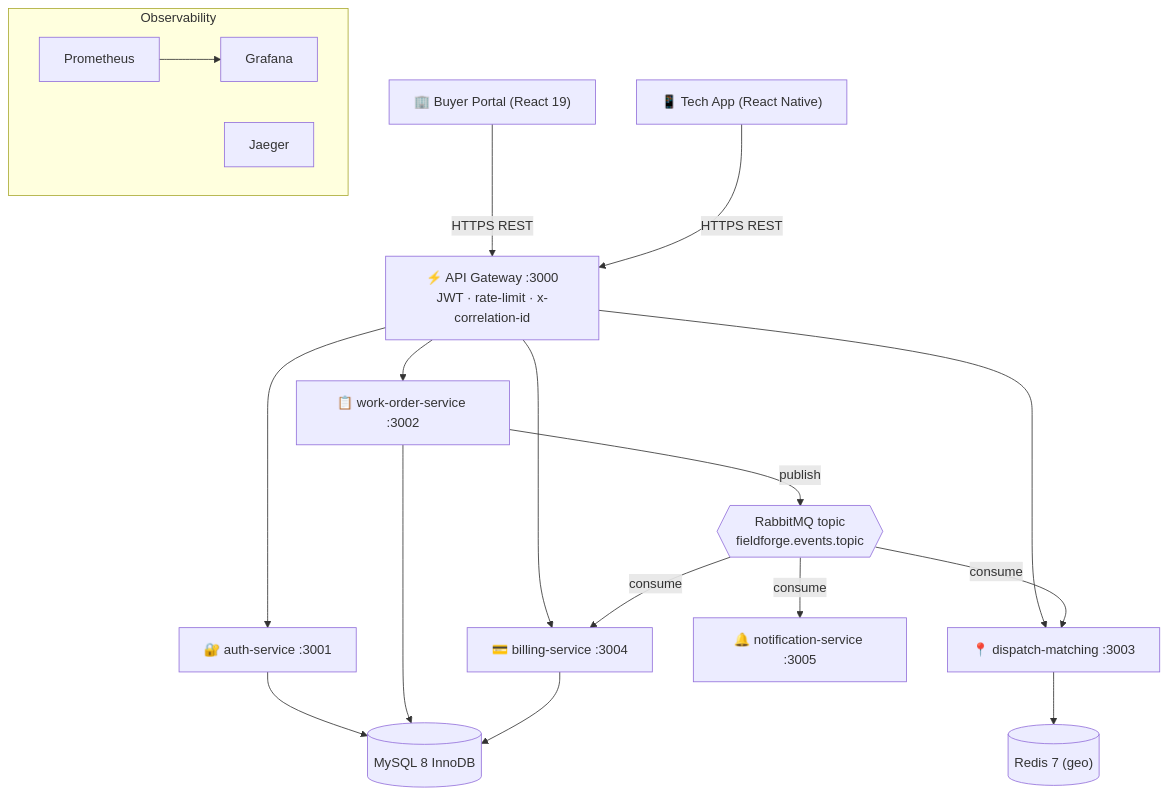
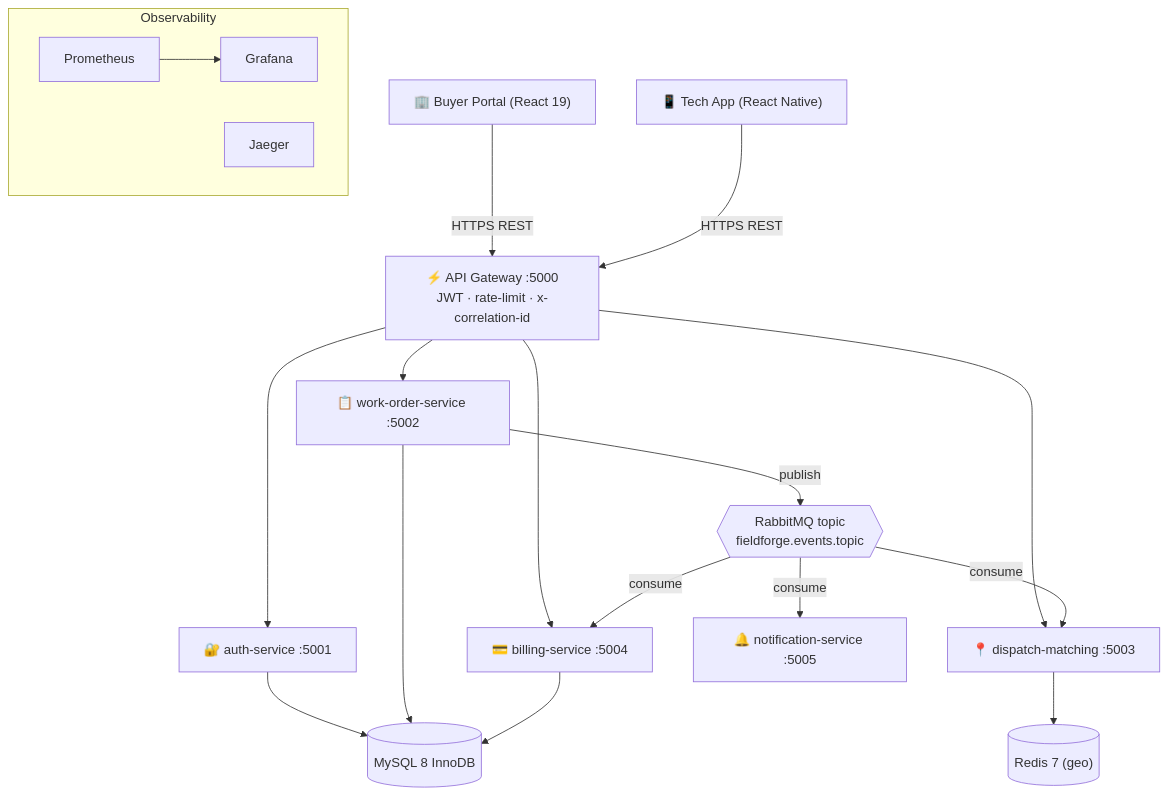
One commit to satya-ranjon/FieldForge changed the first of 2 diagrams in docs/ARCHITECTURE.md. Above: the diagram before and after it, drawn with Mermaid. The commit also changed other lines of this file and 18 other files, not shown here.

````diff
--- a/docs/ARCHITECTURE.md
+++ b/docs/ARCHITECTURE.md
@@ -67,26 +67,26 @@
 ```mermaid
 graph TD
     Buyer["🏢 Buyer Portal (React 19)"] -->|HTTPS REST| APIGW
     Tech["📱 Tech App (React Native)"] -->|HTTPS REST| APIGW
-    APIGW["⚡ API Gateway :3000<br/>JWT · rate-limit · x-correlation-id"]
+    APIGW["⚡ API Gateway :5000<br/>JWT · rate-limit · x-correlation-id"]
 
-    APIGW --> AuthSvc["🔐 auth-service :3001"]
-    APIGW --> WOSvc["📋 work-order-service :3002"]
-    APIGW --> DispSvc["📍 dispatch-matching :3003"]
-    APIGW --> BillSvc["💳 billing-service :3004"]
+    APIGW --> AuthSvc["🔐 auth-service :5001"]
+    APIGW --> WOSvc["📋 work-order-service :5002"]
+    APIGW --> DispSvc["📍 dispatch-matching :5003"]
+    APIGW --> BillSvc["💳 billing-service :5004"]
 
     AuthSvc --> MySQL[("MySQL 8 InnoDB")]
     WOSvc --> MySQL
     BillSvc --> MySQL
     DispSvc --> Redis[("Redis 7 (geo)")]
 
     WOSvc -->|publish| MQ{{"RabbitMQ topic<br/>fieldforge.events.topic"}}
     MQ -->|consume| DispSvc
     MQ -->|consume| BillSvc
-    MQ -->|consume| NotifSvc["🔔 notification-service :3005"]
+    MQ -->|consume| NotifSvc["🔔 notification-service :5005"]
 
     subgraph Observability
       Prom["Prometheus"] --> Graf["Grafana"]
       Jaeger["Jaeger"]
     end
 ```
````
